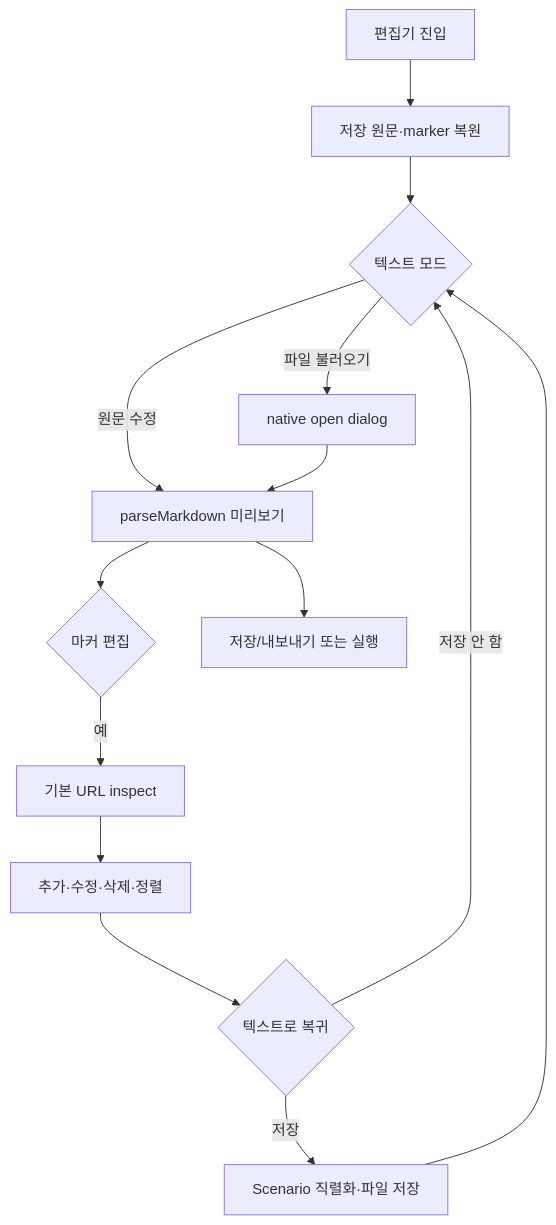
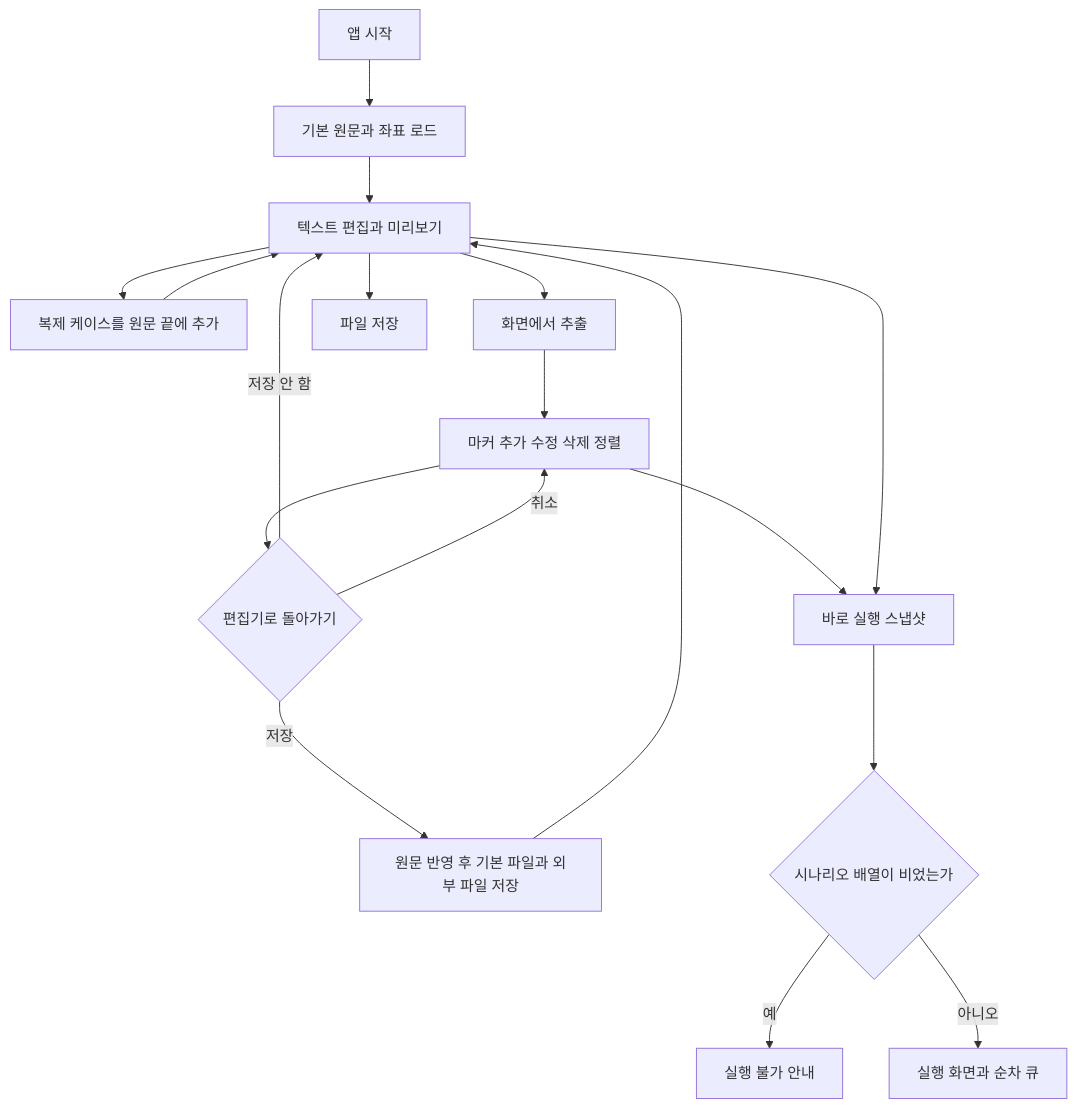
The diagram in docs/04-pages/020-scenario-editor/02-userflow.md (ph-1dnjs/checkly), drawn with Mermaid before and after one commit. The commit also changed other lines of this file and 34 other files, not shown here.

````diff
--- a/docs/04-pages/020-scenario-editor/02-userflow.md
+++ b/docs/04-pages/020-scenario-editor/02-userflow.md
@@ -3,16 +5,20 @@
 ```mermaid
 flowchart TD
-  A[편집기 진입] --> B[저장 원문·marker 복원]
-  B --> C{텍스트 모드}
-  C -->|원문 수정| D[parseMarkdown 미리보기]
-  C -->|파일 불러오기| E[native open dialog]
-  E --> D
-  D --> F{마커 편집}
-  F -->|예| G[기본 URL inspect]
-  G --> H[추가·수정·삭제·정렬]
-  H --> I{텍스트로 복귀}
-  I -->|저장| J[Scenario 직렬화·파일 저장]
-  I -->|저장 안 함| C
-  D --> K[저장/내보내기 또는 실행]
-  J --> C
+  A[앱 시작] --> B[기본 원문과 좌표 로드]
+  B --> C[텍스트 편집과 미리보기]
+  C --> D[복제 케이스를 원문 끝에 추가]
+  D --> C
+  C --> E[화면에서 추출]
+  E --> F[마커 추가 수정 삭제 정렬]
+  F --> G{편집기로 돌아가기}
+  G -->|저장| H[원문 반영 후 기본 파일과 외부 파일 저장]
+  G -->|저장 안 함| C
+  G -->|취소| F
+  H --> C
+  C --> I[파일 저장]
+  F --> J[바로 실행 스냅샷]
+  C --> J
+  J --> K{시나리오 배열이 비었는가}
+  K -->|예| L[실행 불가 안내]
+  K -->|아니오| M[실행 화면과 순차 큐]
 ```
````
